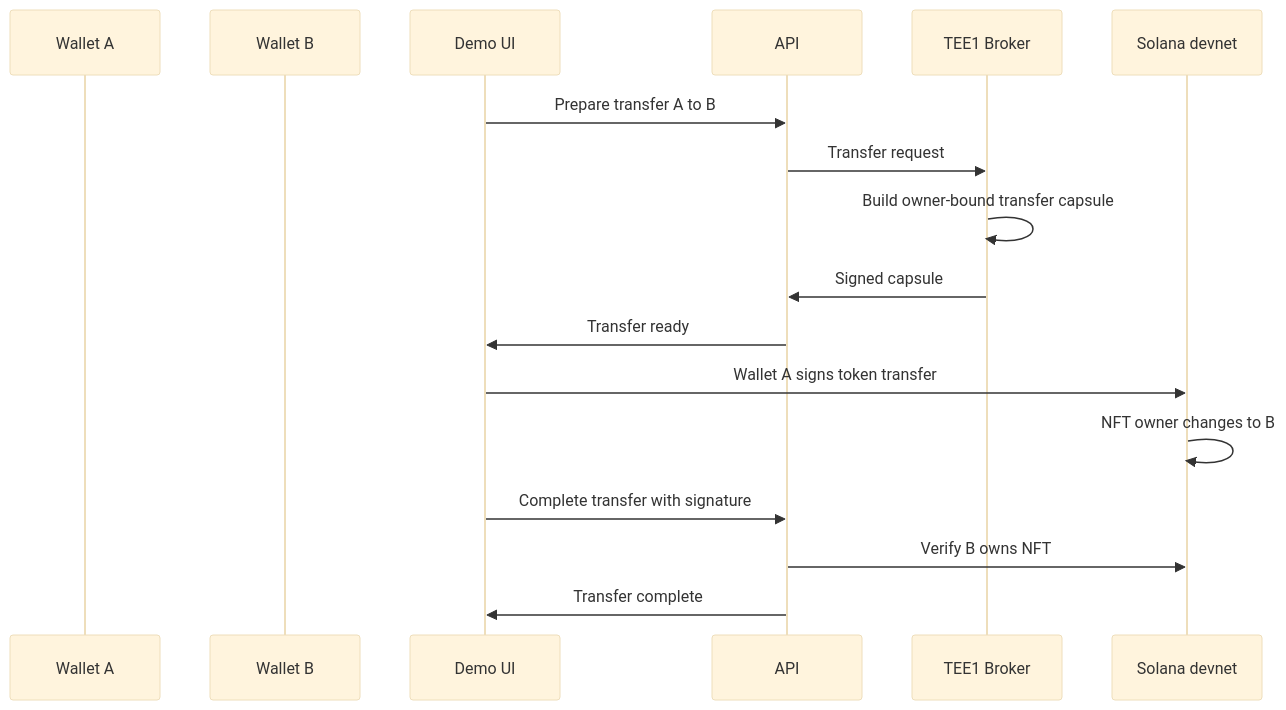
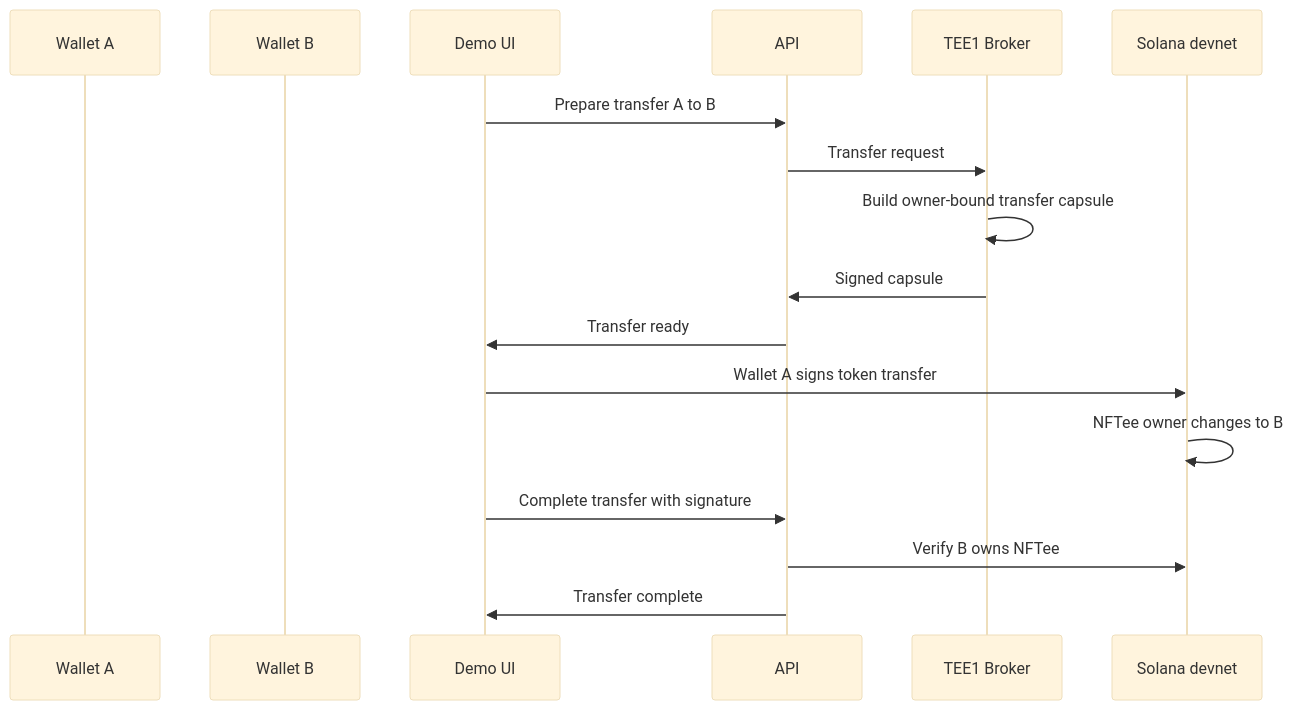
The fourth of 4 diagrams in docs/ARCHITECTURE.md (clan-world/sealed-skill-nft-demo), drawn with Mermaid (base theme) before and after one commit. The commit also changed other lines of this file and 17 other files, not shown here.

````diff
--- a/docs/ARCHITECTURE.md
+++ b/docs/ARCHITECTURE.md
@@ -109,20 +109,20 @@
 ```mermaid
 sequenceDiagram
     participant A as Wallet A
     participant B as Wallet B
     participant UI as Demo UI
     participant API as API
     participant Broker as TEE1 Broker
     participant Solana as Solana devnet
 
     UI->>API: Prepare transfer A to B
     API->>Broker: Transfer request
     Broker->>Broker: Build owner-bound transfer capsule
     Broker->>API: Signed capsule
     API->>UI: Transfer ready
     UI->>Solana: Wallet A signs token transfer
-    Solana->>Solana: NFT owner changes to B
+    Solana->>Solana: NFTee owner changes to B
     UI->>API: Complete transfer with signature
-    API->>Solana: Verify B owns NFT
+    API->>Solana: Verify B owns NFTee
     API->>UI: Transfer complete
 ```
````
